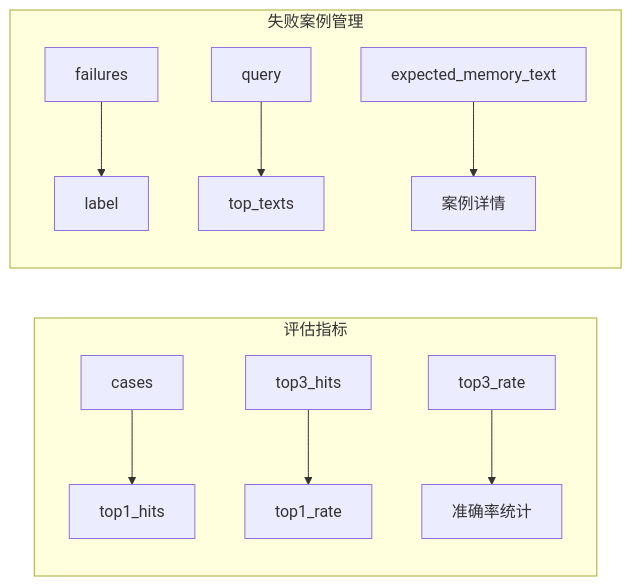
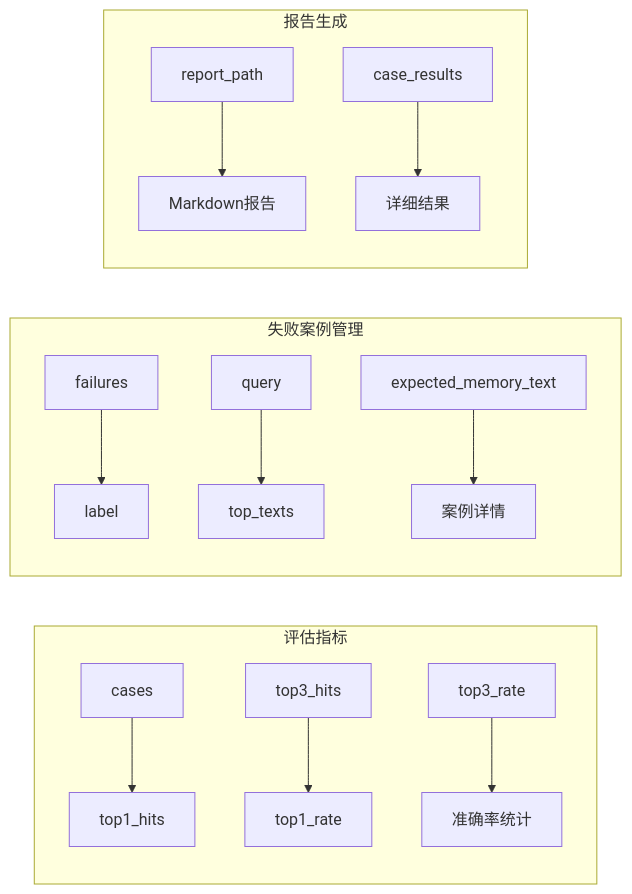
The seventh of 10 diagrams in .qoder/repowiki/zh/content/后端服务/内存管理系统/内存管道验证器/内存管道验证器.md (Moon-Force/DouYin_llm), drawn with Mermaid before and after one commit. The commit also changed other lines of this file and 35 other files, not shown here.

````diff
--- a/.qoder/repowiki/zh/content/后端服务/内存管理系统/内存管道验证器/内存管道验证器.md
+++ b/.qoder/repowiki/zh/content/后端服务/内存管理系统/内存管道验证器/内存管道验证器.md
@@ -377,13 +393,17 @@
 ```mermaid
 graph LR
 subgraph "评估指标"
 A[cases] --> B[top1_hits]
 C[top3_hits] --> D[top1_rate]
 E[top3_rate] --> F[准确率统计]
 end
 subgraph "失败案例管理"
 G[failures] --> H[label]
 I[query] --> J[top_texts]
 K[expected_memory_text] --> L[案例详情]
 end
+subgraph "报告生成"
+M[report_path] --> N[Markdown报告]
+O[case_results] --> P[详细结果]
+end
 ```
````
